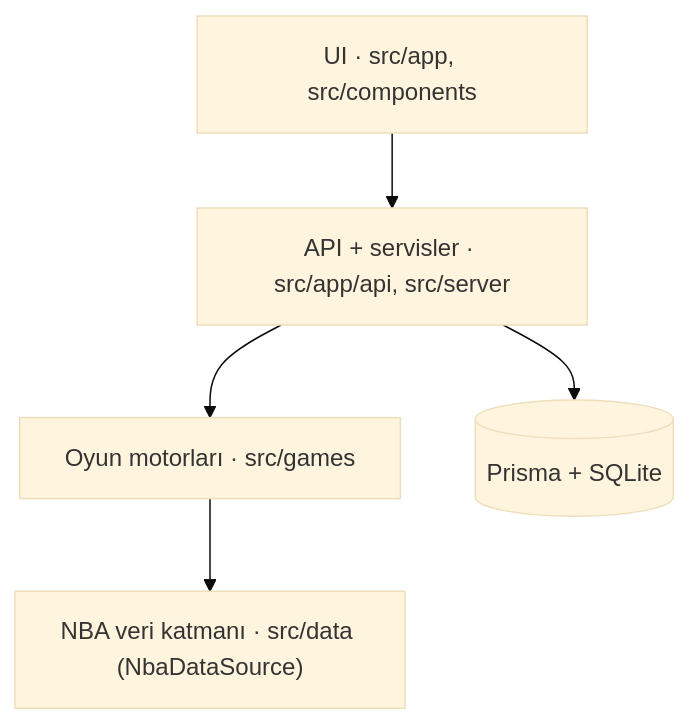
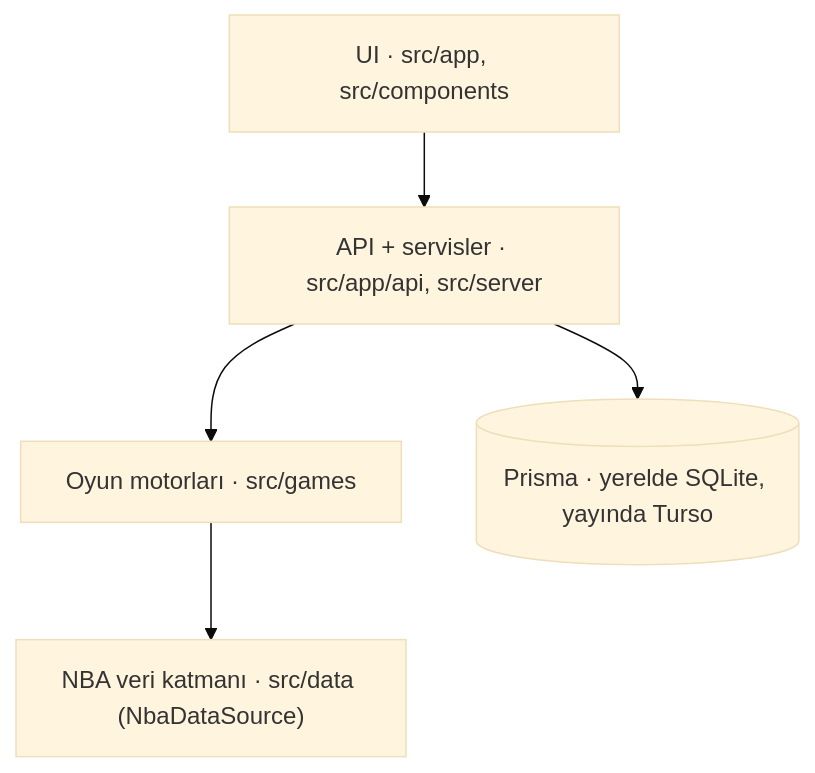
One commit to MuratEfeCamoglu/NbaGamesApp changed the second of 2 diagrams in README.md. Above: the diagram before and after it, drawn with Mermaid (base theme). The commit also changed other lines of this file and 13 other files, not shown here.

````diff
--- a/README.md
+++ b/README.md
@@ -174,7 +207,7 @@
 ```mermaid
 flowchart TD
     UI["UI · src/app, src/components"] --> API["API + servisler · src/app/api, src/server"]
     API --> G["Oyun motorları · src/games"]
-    API --> DB[("Prisma + SQLite")]
+    API --> DB[("Prisma · yerelde SQLite, yayında Turso")]
     G --> DATA["NBA veri katmanı · src/data (NbaDataSource)"]
 ```
````
